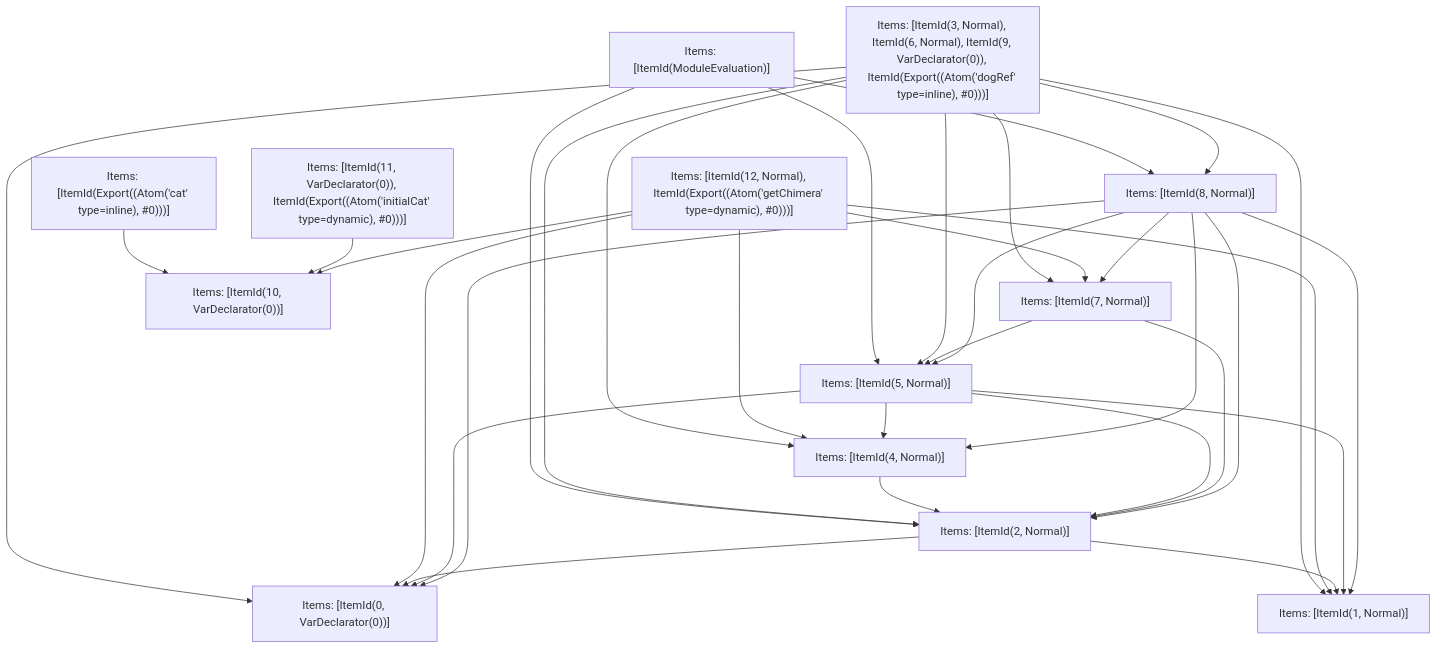
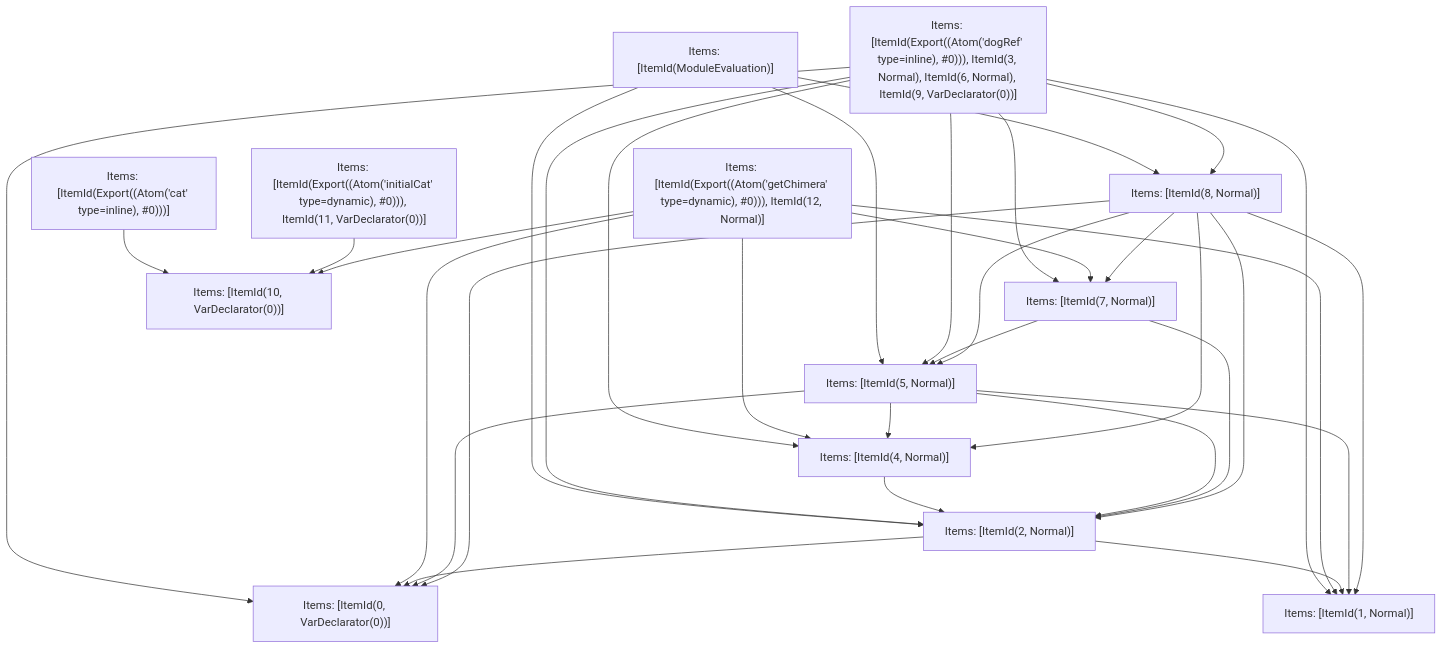
Before and after one commit to vercel/turborepo: the fifth of 5 diagrams in crates/turbopack-ecmascript/tests/tree-shaker/analyzer/complex/output.md, drawn with Mermaid. The commit also changed other lines of this file and 4 other files, not shown here.

````diff
--- a/crates/turbopack-ecmascript/tests/tree-shaker/analyzer/complex/output.md
+++ b/crates/turbopack-ecmascript/tests/tree-shaker/analyzer/complex/output.md
@@ -352,48 +352,48 @@
 ```mermaid
 graph TD
     N0["Items: [ItemId(ModuleEvaluation)]"];
-    N1["Items: [ItemId(3, Normal), ItemId(6, Normal), ItemId(9, VarDeclarator(0)), ItemId(Export((Atom('dogRef' type=inline), #0)))]"];
+    N1["Items: [ItemId(Export((Atom('dogRef' type=inline), #0))), ItemId(3, Normal), ItemId(6, Normal), ItemId(9, VarDeclarator(0))]"];
     N2["Items: [ItemId(Export((Atom('cat' type=inline), #0)))]"];
-    N3["Items: [ItemId(11, VarDeclarator(0)), ItemId(Export((Atom('initialCat' type=dynamic), #0)))]"];
-    N4["Items: [ItemId(12, Normal), ItemId(Export((Atom('getChimera' type=dynamic), #0)))]"];
+    N3["Items: [ItemId(Export((Atom('initialCat' type=dynamic), #0))), ItemId(11, VarDeclarator(0))]"];
+    N4["Items: [ItemId(Export((Atom('getChimera' type=dynamic), #0))), ItemId(12, Normal)]"];
     N5["Items: [ItemId(0, VarDeclarator(0))]"];
     N6["Items: [ItemId(1, Normal)]"];
     N7["Items: [ItemId(2, Normal)]"];
     N8["Items: [ItemId(4, Normal)]"];
     N9["Items: [ItemId(5, Normal)]"];
     N10["Items: [ItemId(7, Normal)]"];
     N11["Items: [ItemId(8, Normal)]"];
     N12["Items: [ItemId(10, VarDeclarator(0))]"];
     N0 --> N7;
     N0 --> N9;
     N0 --> N11;
     N1 --> N5;
     N1 --> N6;
     N1 --> N8;
     N1 --> N10;
     N1 --> N7;
     N1 --> N9;
     N1 --> N11;
     N2 --> N12;
     N3 --> N12;
     N4 --> N12;
     N4 --> N5;
     N4 --> N6;
     N4 --> N8;
     N4 --> N10;
     N7 --> N5;
     N7 --> N6;
     N8 --> N7;
     N9 --> N5;
     N9 --> N6;
     N9 --> N8;
     N9 --> N7;
     N10 --> N7;
     N10 --> N9;
     N11 --> N5;
     N11 --> N6;
     N11 --> N8;
     N11 --> N10;
     N11 --> N9;
     N11 --> N7;
 ```
````
